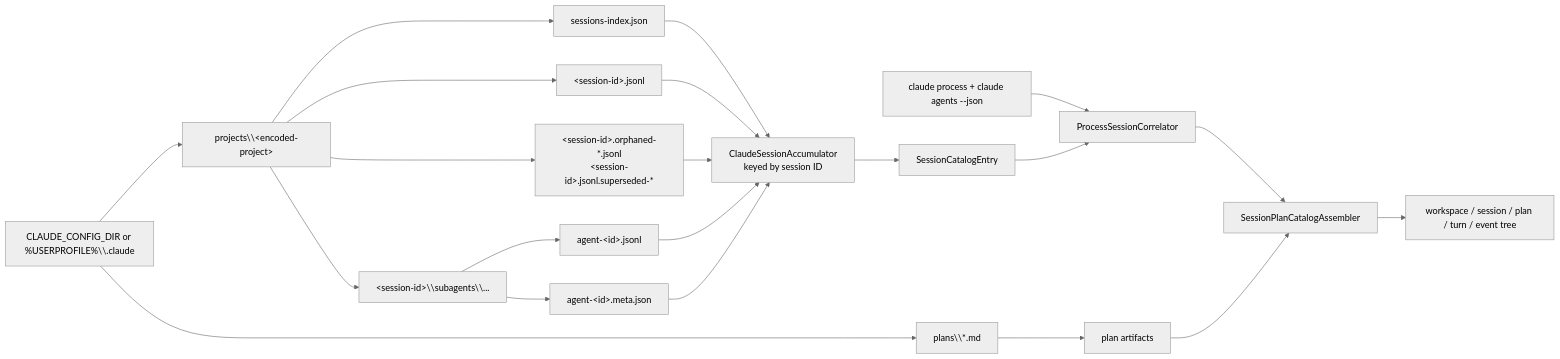
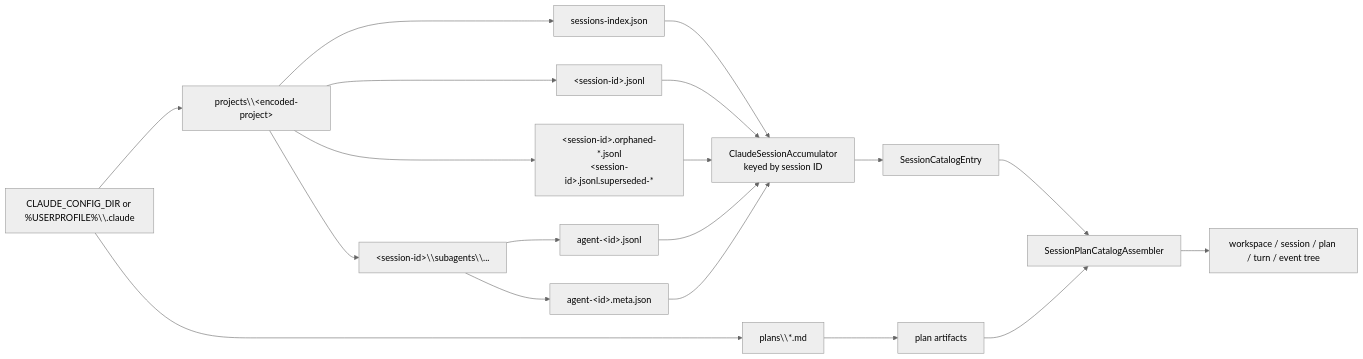
The first of 4 diagrams in docs/session_claude.md (chrisnas/HarnessSpy), drawn with Mermaid (neutral theme) before and after one commit. The commit also changed other lines of this file and 62 other files, not shown here.

````diff
--- a/docs/session_claude.md
+++ b/docs/session_claude.md
@@ -28,24 +27,22 @@
 ```mermaid
 flowchart LR
     Config["CLAUDE_CONFIG_DIR or %USERPROFILE%\\.claude"] --> Projects["projects\\&lt;encoded-project&gt;"]
     Config --> Plans["plans\\*.md"]
     Projects --> Index["sessions-index.json"]
     Projects --> Main["&lt;session-id&gt;.jsonl"]
     Projects --> Recovery["&lt;session-id&gt;.orphaned-*.jsonl<br/>&lt;session-id&gt;.jsonl.superseded-*"]
     Projects --> SessionDir["&lt;session-id&gt;\\subagents\\..."]
     SessionDir --> AgentLog["agent-&lt;id&gt;.jsonl"]
     SessionDir --> AgentMeta["agent-&lt;id&gt;.meta.json"]
 
     Index --> Accumulator["ClaudeSessionAccumulator<br/>keyed by session ID"]
     Main --> Accumulator
     Recovery --> Accumulator
     AgentLog --> Accumulator
     AgentMeta --> Accumulator
     Plans --> PlanFragment["plan artifacts"]
-    Process["claude process + claude agents --json"] --> Correlator["ProcessSessionCorrelator"]
     Accumulator --> Entry["SessionCatalogEntry"]
-    Entry --> Correlator
-    Correlator --> PlanAssembler["SessionPlanCatalogAssembler"]
+    Entry --> PlanAssembler["SessionPlanCatalogAssembler"]
     PlanFragment --> PlanAssembler
     PlanAssembler --> Tree["workspace / session / plan / turn / event tree"]
 ```
````
